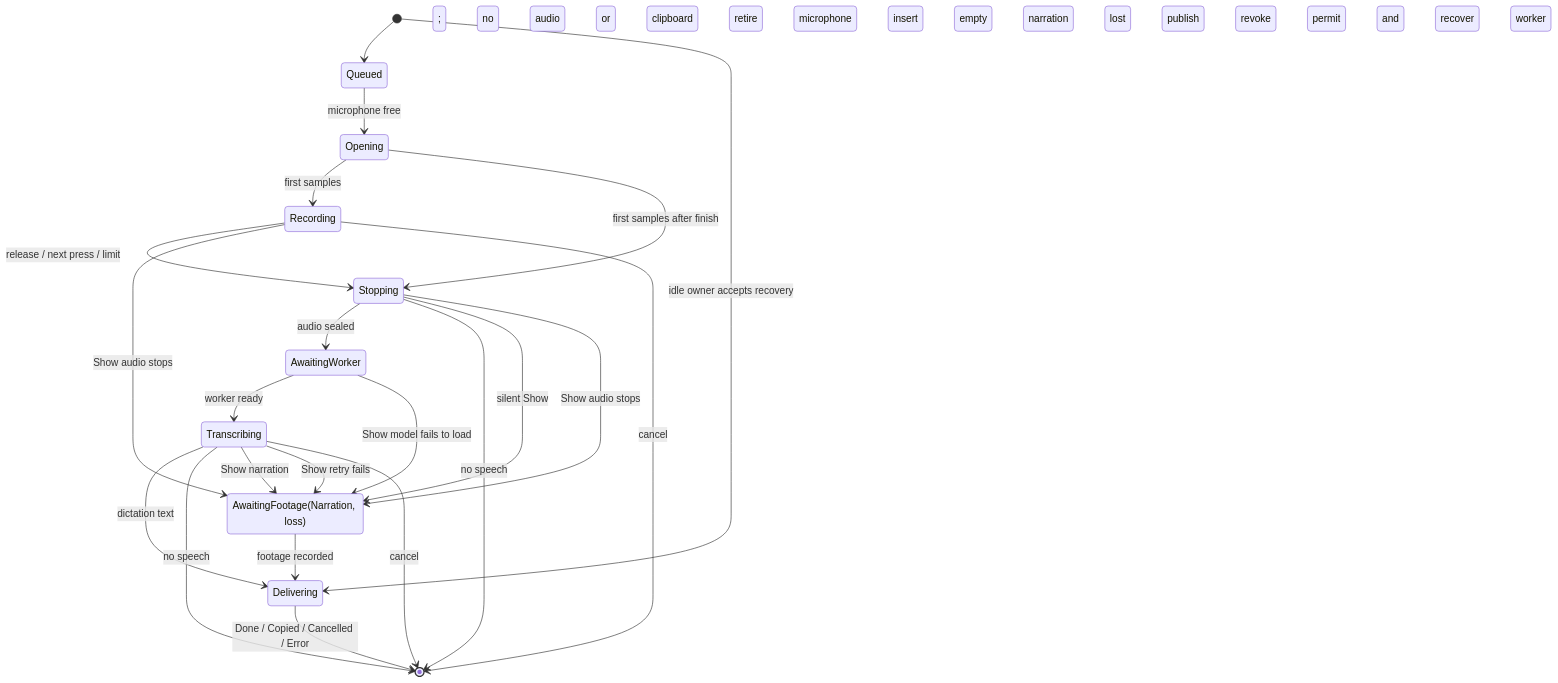
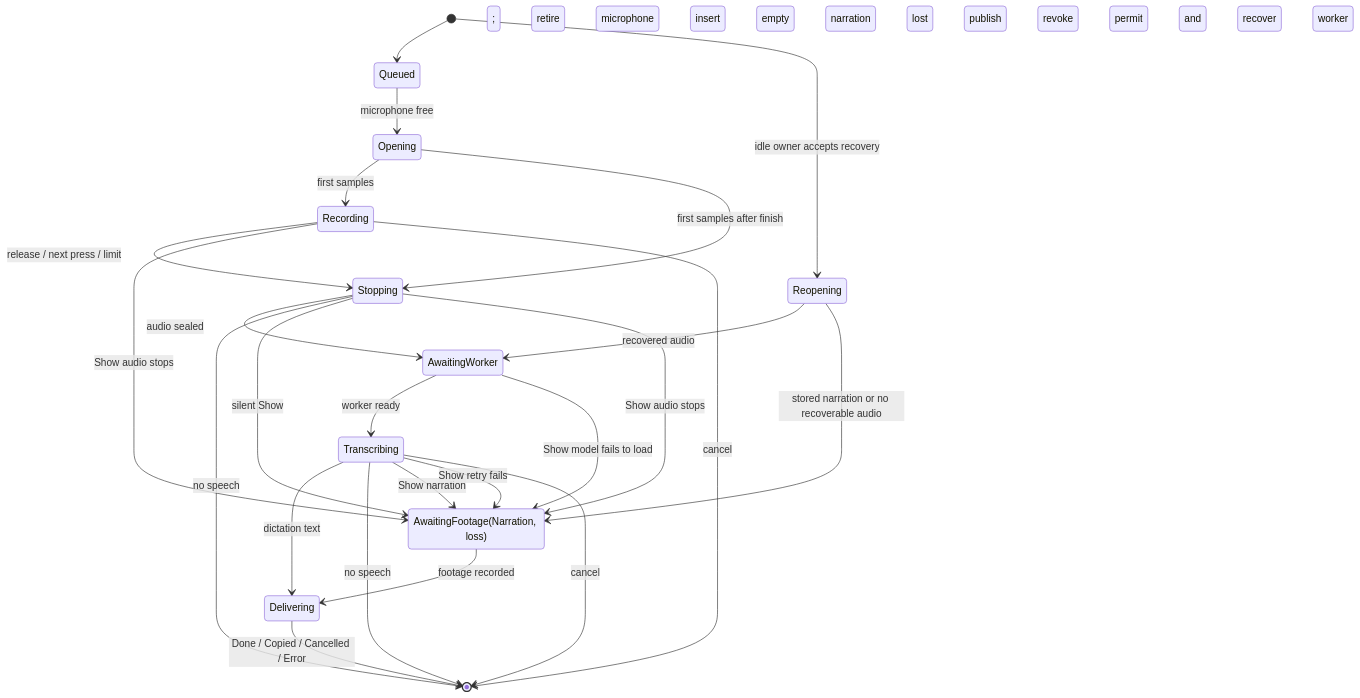
Before and after one commit to KrishRVH/speakeasy: the second of 2 diagrams in docs/architecture.md, drawn with Mermaid. The commit also changed other lines of this file and 53 other files, not shown here.

Commit message:
feat: recover Show narration from private audio checkpoints

````diff
--- a/docs/architecture.md
+++ b/docs/architecture.md
@@ -318,25 +330,27 @@
 ```mermaid
 stateDiagram-v2
     state "AwaitingFootage(Narration, loss)" as AwaitingFootage
     [*] --> Queued
-    [*] --> Delivering: idle owner accepts recovery; no audio or clipboard
+    [*] --> Reopening: idle owner accepts recovery
+    Reopening --> AwaitingWorker: recovered audio
+    Reopening --> AwaitingFootage: stored narration or no recoverable audio
     Queued --> Opening: microphone free
     Opening --> Recording: first samples
     Opening --> Stopping: first samples after finish
     Recording --> Stopping: release / next press / limit
     Stopping --> AwaitingWorker: audio sealed; retire microphone
     Stopping --> [*]: no speech
     AwaitingWorker --> Transcribing: worker ready
     Transcribing --> Delivering: dictation text; insert
     Transcribing --> [*]: no speech
     Stopping --> AwaitingFootage: silent Show; empty narration
     Transcribing --> AwaitingFootage: Show narration
     Recording --> AwaitingFootage: Show audio stops; narration lost
     Stopping --> AwaitingFootage: Show audio stops; narration lost
     AwaitingWorker --> AwaitingFootage: Show model fails to load; narration lost
     Transcribing --> AwaitingFootage: Show retry fails; narration lost
     AwaitingFootage --> Delivering: footage recorded; publish
     Delivering --> [*]: Done / Copied / Cancelled / Error
     Recording --> [*]: cancel; revoke permit and retire
     Transcribing --> [*]: cancel; revoke permit and recover worker
 ```
````
